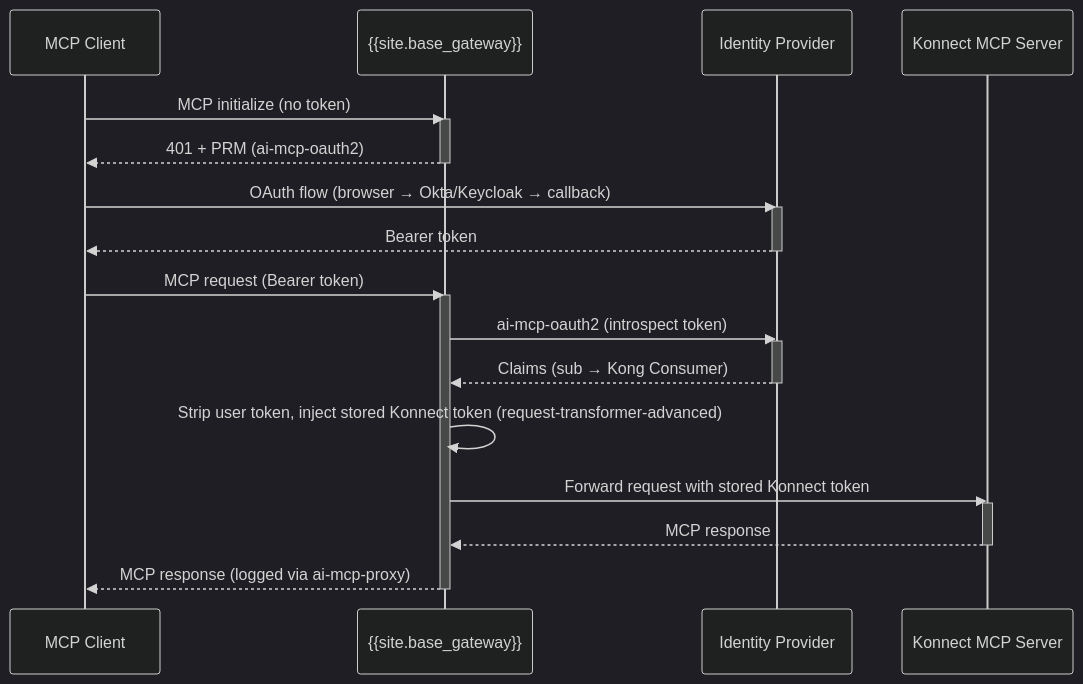
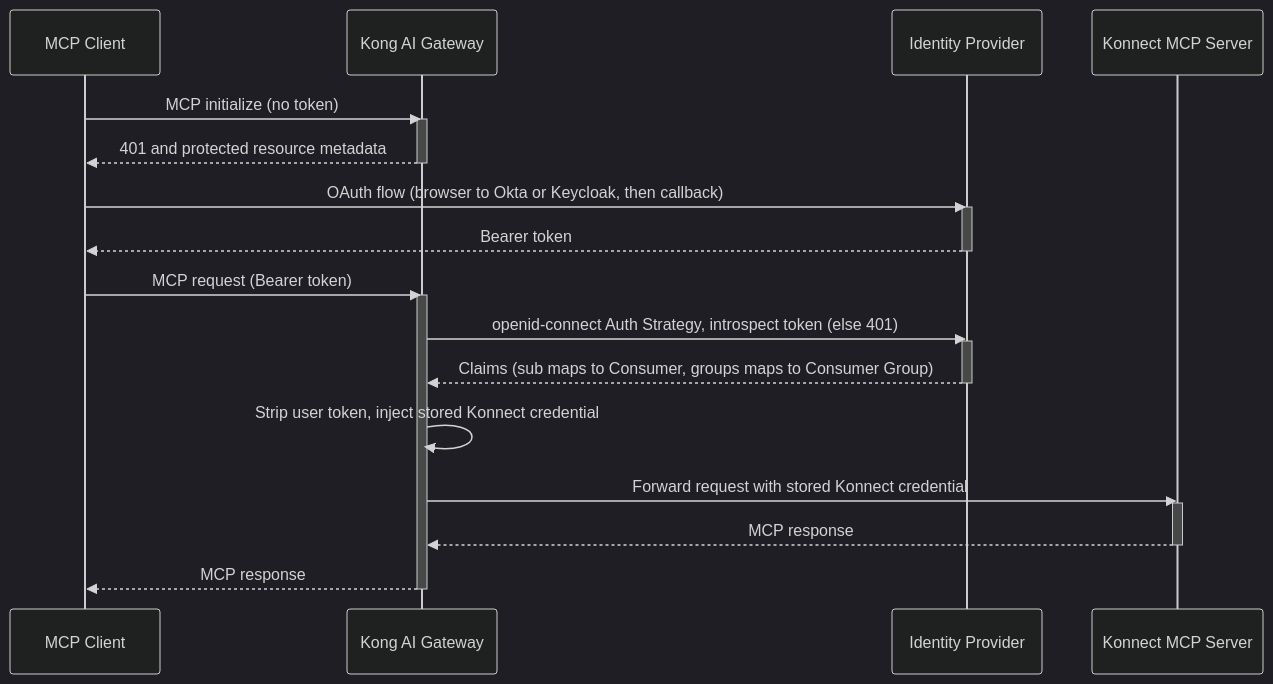
The second of 2 diagrams in app/_cookbooks/secure-external-mcp-gateway.md (Kong/developer.konghq.com), drawn with Mermaid (dark theme) before and after one commit. The commit also changed other lines of this file and 11 other files, not shown here.

```diff
--- a/app/_cookbooks/secure-external-mcp-gateway.md
+++ b/app/_cookbooks/secure-external-mcp-gateway.md
@@ -300,31 +286,29 @@
 {% mermaid %}
 sequenceDiagram
     participant C as MCP Client
-    participant K as {{site.base_gateway}}
+    participant K as Kong AI Gateway
     participant IdP as Identity Provider
     participant KM as Konnect MCP Server
 
     C->>K: MCP initialize (no token)
     activate K
-    K-->>C: 401 + PRM (ai-mcp-oauth2)
+    K-->>C: 401 and protected resource metadata
     deactivate K
-
-    C->>IdP: OAuth flow (browser → Okta/Keycloak → callback)
+    C->>IdP: OAuth flow (browser to Okta or Keycloak, then callback)
     activate IdP
     IdP-->>C: Bearer token
     deactivate IdP
-
     C->>K: MCP request (Bearer token)
     activate K
-    K->>IdP: ai-mcp-oauth2 (introspect token)
+    K->>IdP: openid-connect Auth Strategy, introspect token (else 401)
     activate IdP
-    IdP-->>K: Claims (sub → Kong Consumer)
+    IdP-->>K: Claims (sub maps to Consumer, groups maps to Consumer Group)
     deactivate IdP
-    K->>K: Strip user token, inject stored Konnect token (request-transformer-advanced)
-    K->>KM: Forward request with stored Konnect token
+    K->>K: Strip user token, inject stored Konnect credential
+    K->>KM: Forward request with stored Konnect credential
     activate KM
     KM-->>K: MCP response
     deactivate KM
-    K-->>C: MCP response (logged via ai-mcp-proxy)
+    K-->>C: MCP response
     deactivate K
 {% endmermaid %}
```
